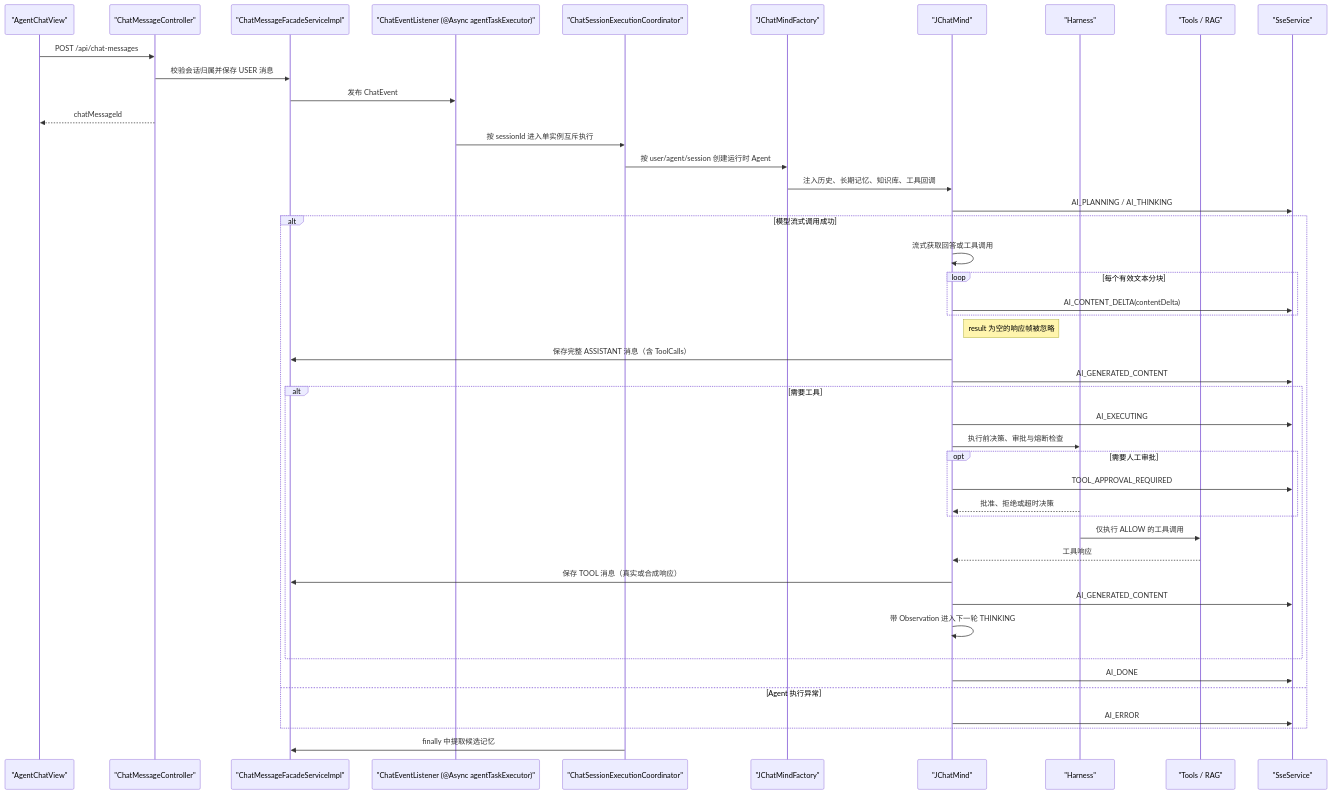
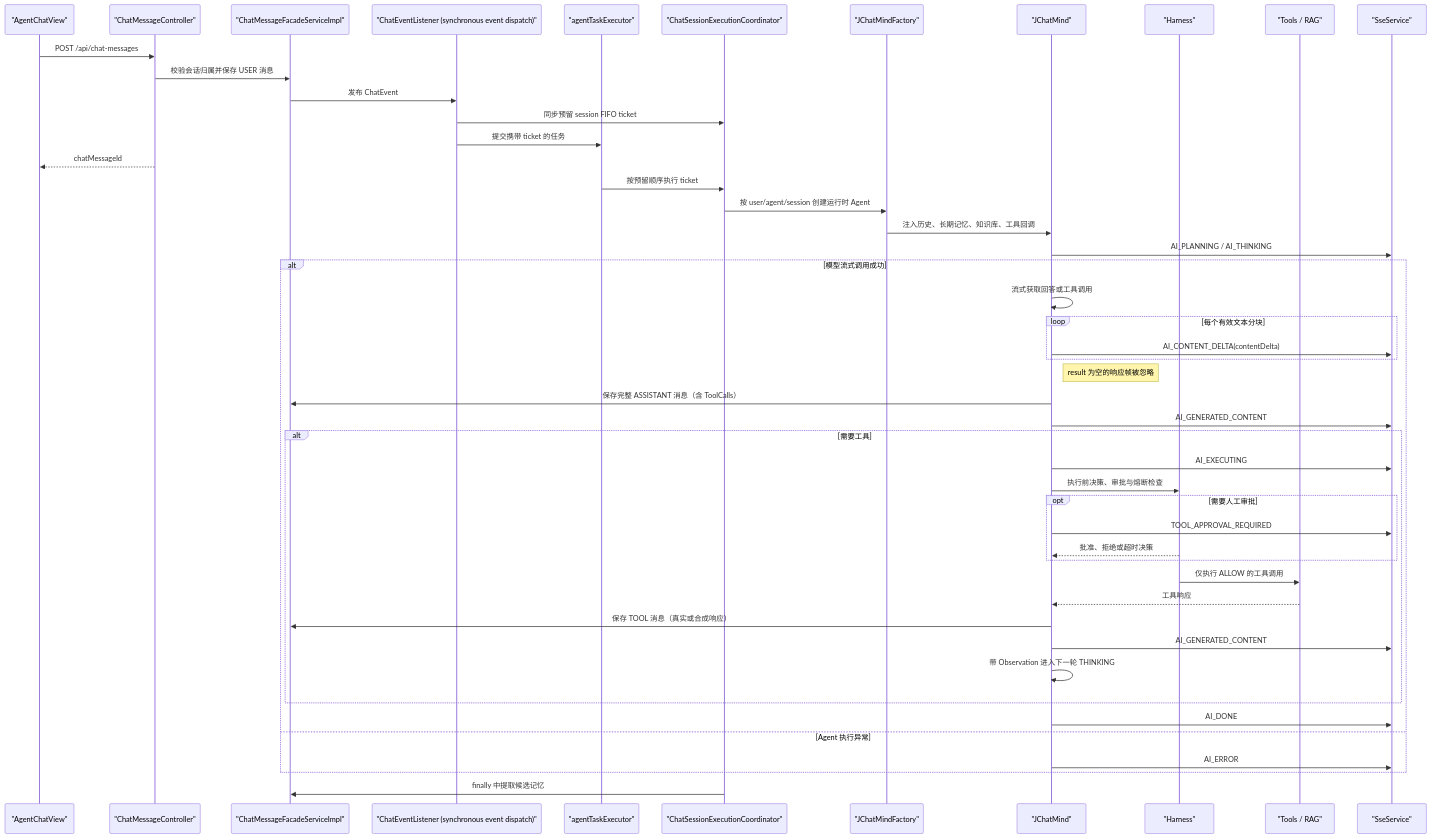
One commit to banxifu986-gif/JchatMind changed the second of 8 diagrams in docs/项目架构与关键链路.md. Above: the diagram before and after it, drawn with Mermaid. The commit also changed other lines of this file and 6 other files, not shown here.

````diff
--- a/docs/项目架构与关键链路.md
+++ b/docs/项目架构与关键链路.md
@@ -109,48 +110,51 @@
 ```mermaid
 sequenceDiagram
     participant UI as "AgentChatView"
     participant API as "ChatMessageController"
     participant MSG as "ChatMessageFacadeServiceImpl"
-    participant EVT as "ChatEventListener (@Async agentTaskExecutor)"
+    participant EVT as "ChatEventListener (synchronous event dispatch)"
+    participant EX as "agentTaskExecutor"
     participant Q as "ChatSessionExecutionCoordinator"
     participant F as "JChatMindFactory"
     participant A as "JChatMind"
     participant H as "Harness"
     participant T as "Tools / RAG"
     participant SSE as "SseService"
 
     UI->>API: POST /api/chat-messages
     API->>MSG: 校验会话归属并保存 USER 消息
     MSG->>EVT: 发布 ChatEvent
+    EVT->>Q: 同步预留 session FIFO ticket
+    EVT->>EX: 提交携带 ticket 的任务
     API-->>UI: chatMessageId
-    EVT->>Q: 按 sessionId 进入单实例互斥执行
+    EX->>Q: 按预留顺序执行 ticket
     Q->>F: 按 user/agent/session 创建运行时 Agent
     F->>A: 注入历史、长期记忆、知识库、工具回调
     A->>SSE: AI_PLANNING / AI_THINKING
     alt 模型流式调用成功
         A->>A: 流式获取回答或工具调用
         loop 每个有效文本分块
             A->>SSE: AI_CONTENT_DELTA(contentDelta)
         end
         Note right of A: result 为空的响应帧被忽略
         A->>MSG: 保存完整 ASSISTANT 消息（含 ToolCalls）
         A->>SSE: AI_GENERATED_CONTENT
         alt 需要工具
             A->>SSE: AI_EXECUTING
             A->>H: 执行前决策、审批与熔断检查
             opt 需要人工审批
                 A->>SSE: TOOL_APPROVAL_REQUIRED
                 H-->>A: 批准、拒绝或超时决策
             end
             H->>T: 仅执行 ALLOW 的工具调用
             T-->>A: 工具响应
             A->>MSG: 保存 TOOL 消息（真实或合成响应）
             A->>SSE: AI_GENERATED_CONTENT
             A->>A: 带 Observation 进入下一轮 THINKING
         end
         A->>SSE: AI_DONE
     else Agent 执行异常
         A->>SSE: AI_ERROR
     end
     Q->>MSG: finally 中提取候选记忆
 ```
````
